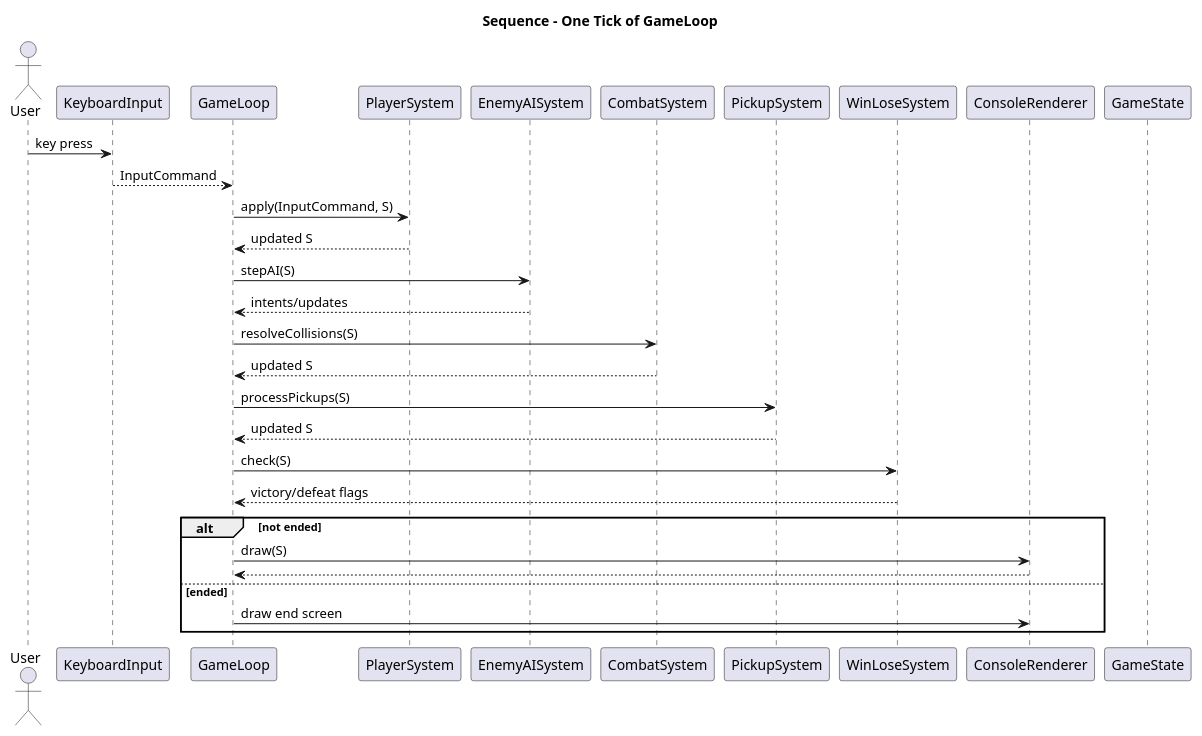
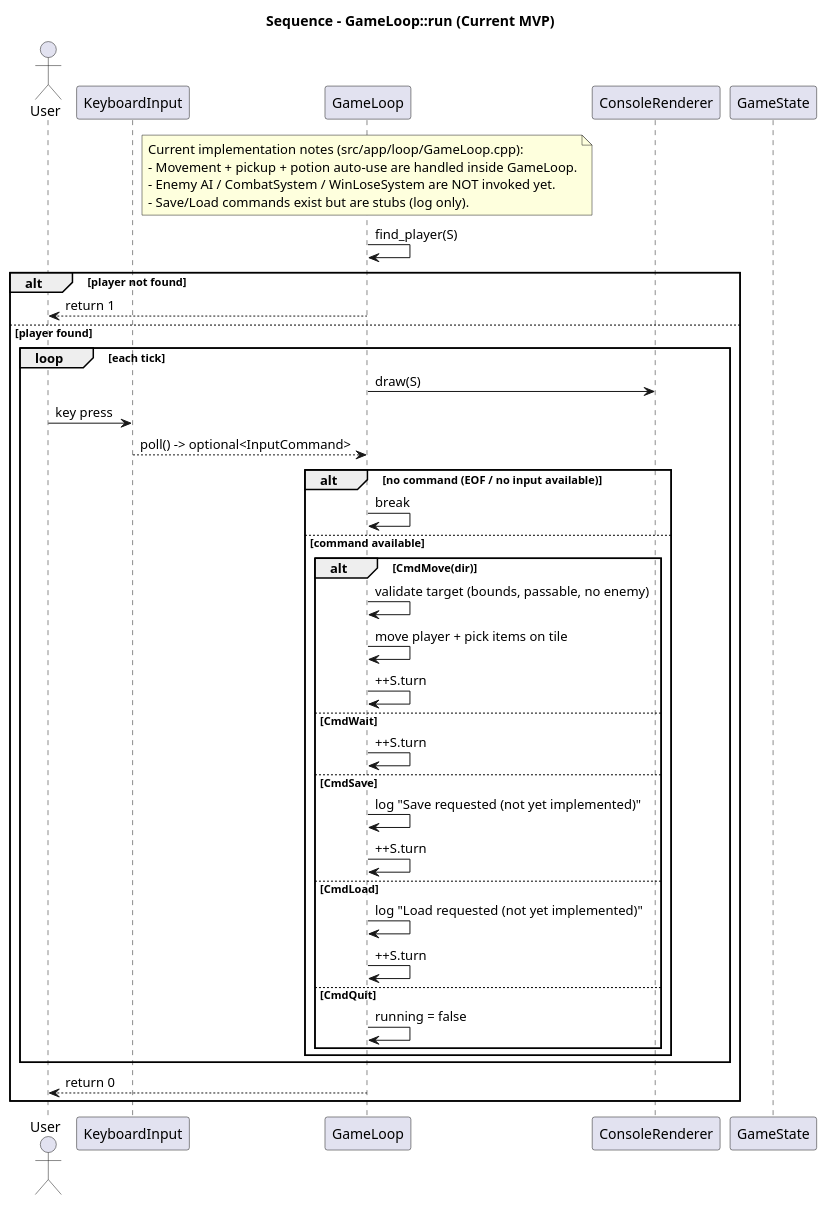
The diagram in docs/diagrams/game_loop_SD.puml (Sage-Cat/labyrinth_game), drawn with PlantUML before and after one commit. The commit also changed 13 other files, not shown here.

First line of the commit message:
Update diagrams and add PlantUML render script

```diff
--- a/docs/diagrams/game_loop_SD.puml
+++ b/docs/diagrams/game_loop_SD.puml
@@ -1,38 +1,50 @@
 @startuml
-title "Sequence – One Tick of GameLoop"
+title "Sequence – GameLoop::run (Current MVP)"
 
 actor User
 participant KeyboardInput as In
 participant GameLoop as Loop
-participant PlayerSystem as PS
-participant EnemyAISystem as ES
-participant CombatSystem as CS
-participant PickupSystem as PU
-participant WinLoseSystem as WS
 participant ConsoleRenderer as R
 participant GameState as S
 
-User -> In : key press
-In --> Loop : InputCommand
-Loop -> PS : apply(InputCommand, S)
-  PS --> Loop : updated S
+note over Loop
+  Current implementation notes (src/app/loop/GameLoop.cpp):
+  - Movement + pickup + potion auto-use are handled inside GameLoop.
+  - Enemy AI / CombatSystem / WinLoseSystem are NOT invoked yet.
+  - Save/Load commands exist but are stubs (log only).
+end note
 
-  Loop -> ES : stepAI(S)
-    ES --> Loop : intents/updates
+Loop -> Loop : find_player(S)
+alt player not found
+  Loop --> User : return 1
+else player found
+  loop each tick
+    Loop -> R : draw(S)
 
-    Loop -> CS : resolveCollisions(S)
-      CS --> Loop : updated S
+    User -> In : key press
+    In --> Loop : poll() -> optional<InputCommand>
 
-      Loop -> PU : processPickups(S)
-        PU --> Loop : updated S
+    alt no command (EOF / no input available)
+      Loop -> Loop : break
+    else command available
+      alt CmdMove(dir)
+        Loop -> Loop : validate target (bounds, passable, no enemy)
+        Loop -> Loop : move player + pick items on tile
+        Loop -> Loop : ++S.turn
+      else CmdWait
+        Loop -> Loop : ++S.turn
+      else CmdSave
+        Loop -> Loop : log "Save requested (not yet implemented)"
+        Loop -> Loop : ++S.turn
+      else CmdLoad
+        Loop -> Loop : log "Load requested (not yet implemented)"
+        Loop -> Loop : ++S.turn
+      else CmdQuit
+        Loop -> Loop : running = false
+      end
+    end
+  end
 
-        Loop -> WS : check(S)
-          WS --> Loop : victory/defeat flags
-
-          alt not ended
-            Loop -> R : draw(S)
-              R --> Loop
-            else ended
-              Loop -> R : draw end screen
-              end
-              @enduml
+  Loop --> User : return 0
+end
+@enduml
```
